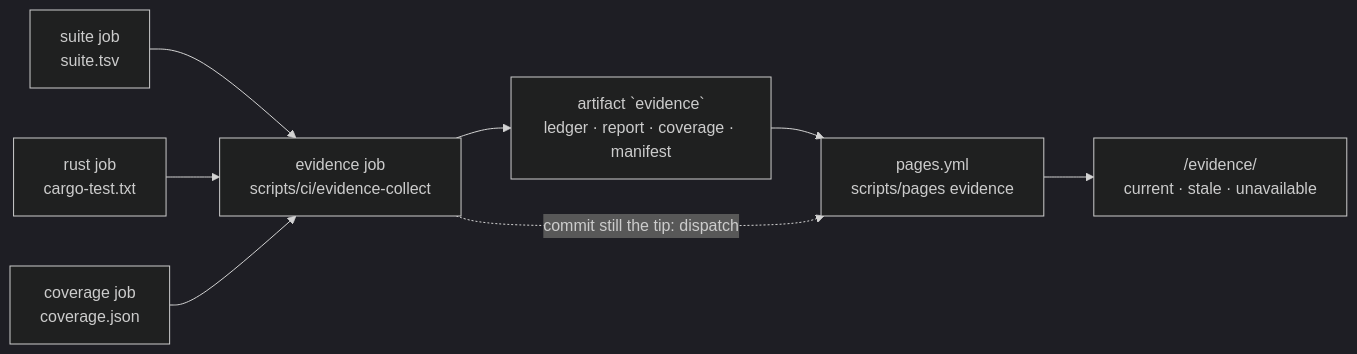
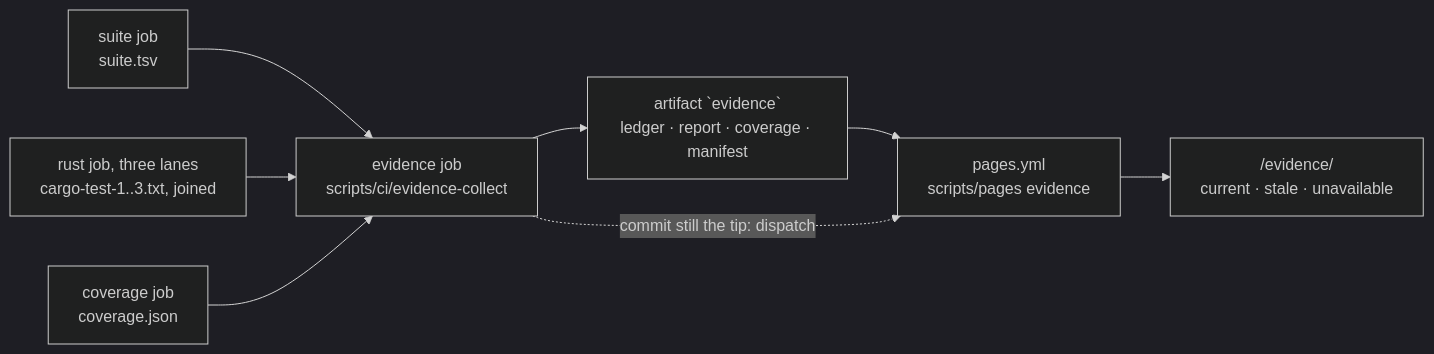
One commit to korczis/prismatic-majordomus changed the second of 2 diagrams in docs/EVIDENCE.md. Above: the diagram before and after it, drawn with Mermaid (dark theme). The commit also changed other lines of this file and 14 other files, not shown here.

First line of the commit message:
perf(ci): the rust job's tests run in three lanes

````diff
--- a/docs/EVIDENCE.md
+++ b/docs/EVIDENCE.md
@@ -477,15 +477,15 @@
 ```mermaid
 flowchart LR
   suite["suite job<br>suite.tsv"]
-  crate["rust job<br>cargo-test.txt"]
+  crate["rust job, three lanes<br>cargo-test-1..3.txt, joined"]
   cov["coverage job<br>coverage.json"]
   collect["evidence job<br>scripts/ci/evidence-collect"]
   artifact["artifact `evidence`<br>ledger · report · coverage · manifest"]
   pages["pages.yml<br>scripts/pages evidence"]
   site["/evidence/<br>current · stale · unavailable"]
   suite --> collect
   crate --> collect
   cov --> collect
   collect --> artifact --> pages --> site
   collect -. "commit still the tip: dispatch" .-> pages
 ```
````
